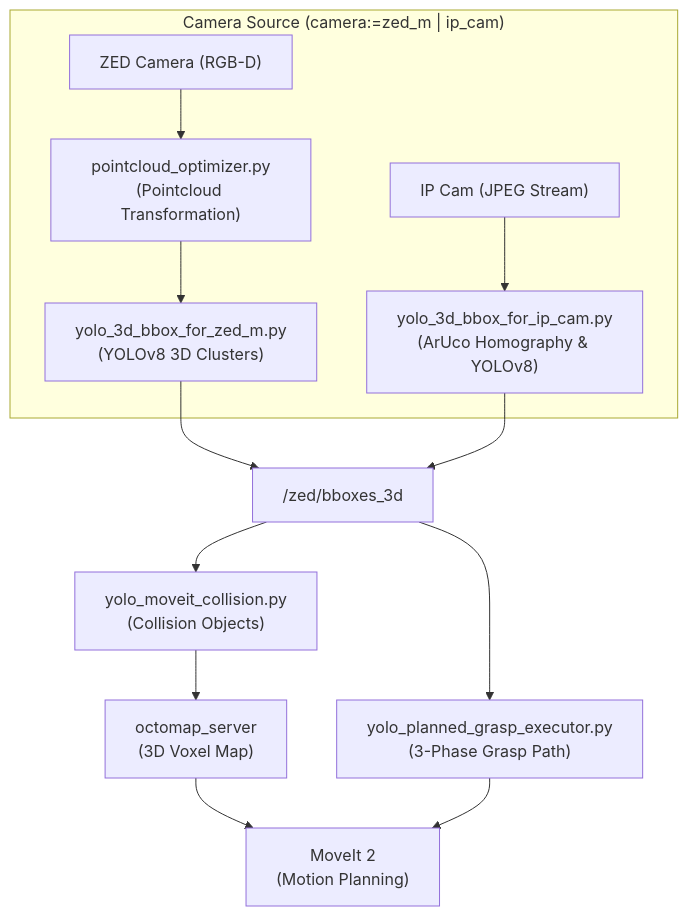
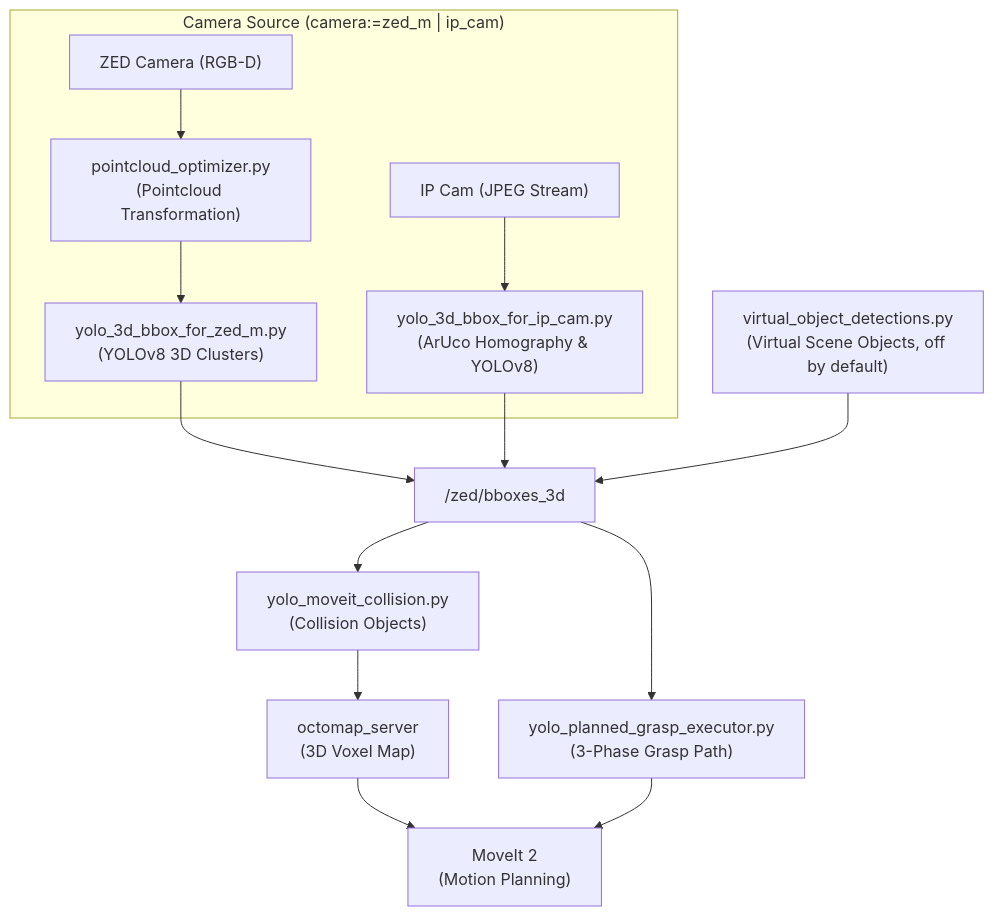
One commit to lu4k87/my_xarm_lite6-extended changed the second of 9 diagrams in README.md. Above: the diagram before and after it, drawn with Mermaid. The commit also changed other lines of this file and 1 other file, not shown here.

First line of the commit message:
docs: README (EN/DE) for popup start page, virtual objects, SYSTEM tab, TF tuner sync

````diff
--- a/README.md
+++ b/README.md
@@ -551,15 +559,16 @@
 ```mermaid
 flowchart TD
     subgraph Cameras ["Camera Source (camera:=zed_m | ip_cam)"]
         ZED["ZED Camera (RGB-D)"] --> PC["pointcloud_optimizer.py<br/>(Pointcloud Transformation)"]
         PC --> YOLO_ZED["yolo_3d_bbox_for_zed_m.py<br/>(YOLOv8 3D Clusters)"]
         IP["IP Cam (JPEG Stream)"] --> YOLO_IP["yolo_3d_bbox_for_ip_cam.py<br/>(ArUco Homography & YOLOv8)"]
     end
     YOLO_ZED --> BBOX["/zed/bboxes_3d"]
     YOLO_IP --> BBOX
+    VIRT["virtual_object_detections.py<br/>(Virtual Scene Objects, off by default)"] --> BBOX
     BBOX --> COLL["yolo_moveit_collision.py<br/>(Collision Objects)"]
     BBOX --> GRASP["yolo_planned_grasp_executor.py<br/>(3-Phase Grasp Path)"]
     COLL --> OCTO["octomap_server<br/>(3D Voxel Map)"]
     OCTO --> MOVEIT["MoveIt 2<br/>(Motion Planning)"]
     GRASP --> MOVEIT
 ```
````
